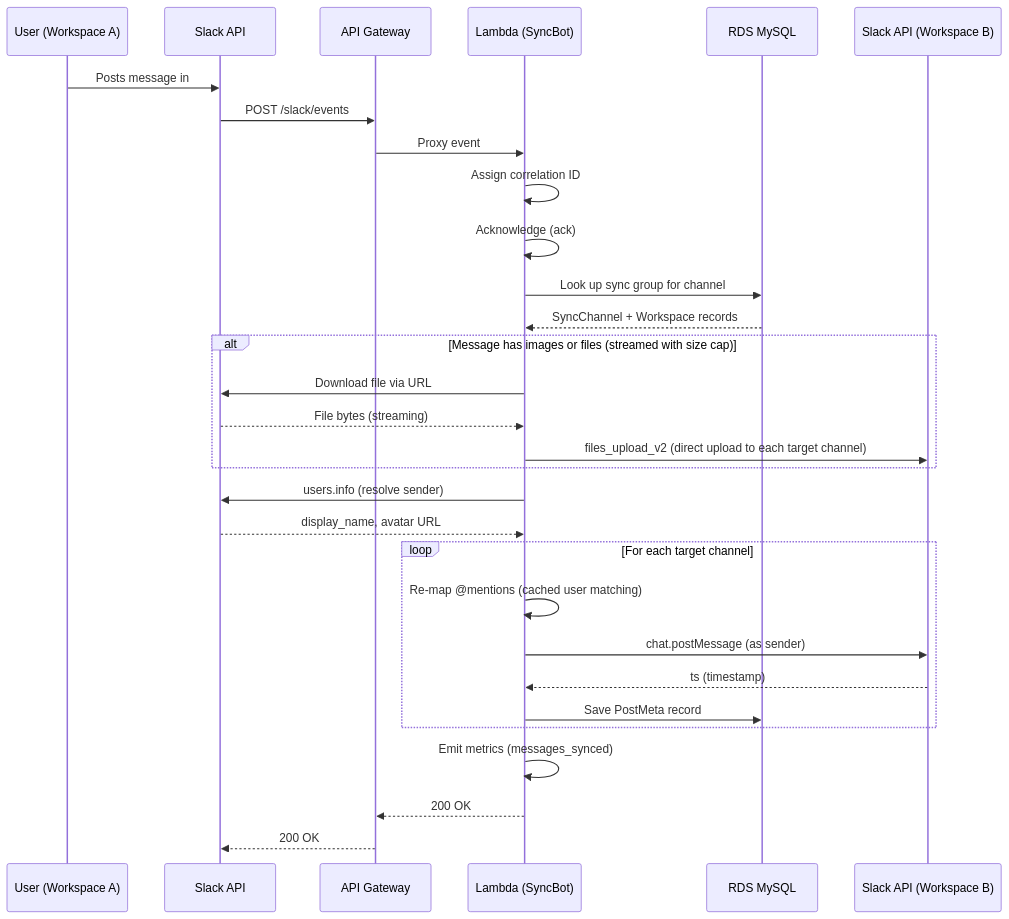
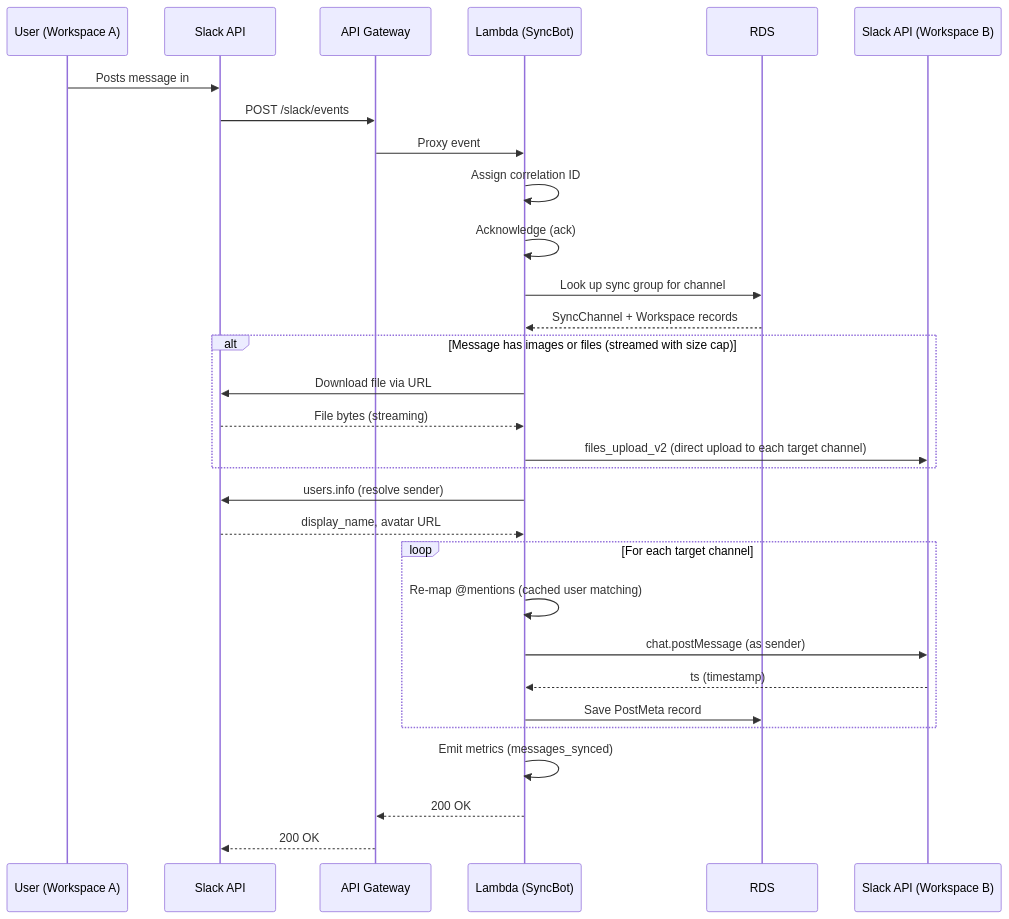
The first of 2 diagrams in docs/ARCHITECTURE.md (F3Nation-Community/syncbot), drawn with Mermaid before and after one commit. The commit also changed other lines of this file and 18 other files, not shown here.

````diff
--- a/docs/ARCHITECTURE.md
+++ b/docs/ARCHITECTURE.md
@@ -22,37 +22,37 @@
 ```mermaid
 sequenceDiagram
     participant U as User (Workspace A)
     participant S as Slack API
     participant AG as API Gateway
     participant L as Lambda (SyncBot)
-    participant DB as RDS MySQL
+    participant DB as RDS
     participant SB as Slack API (Workspace B)
 
     U->>S: Posts message in #general
     S->>AG: POST /slack/events
     AG->>L: Proxy event
     L->>L: Assign correlation ID
     L->>L: Acknowledge (ack)
     L->>DB: Look up sync group for channel
     DB-->>L: SyncChannel + Workspace records
 
     alt Message has images or files (streamed with size cap)
         L->>S: Download file via URL
         S-->>L: File bytes (streaming)
         L->>SB: files_upload_v2 (direct upload to each target channel)
     end
 
     L->>S: users.info (resolve sender)
     S-->>L: display_name, avatar URL
 
     loop For each target channel
         L->>L: Re-map @mentions (cached user matching)
         L->>SB: chat.postMessage (as sender)
         SB-->>L: ts (timestamp)
         L->>DB: Save PostMeta record
     end
 
     L->>L: Emit metrics (messages_synced)
     L-->>AG: 200 OK
     AG-->>S: 200 OK
 ```
````
